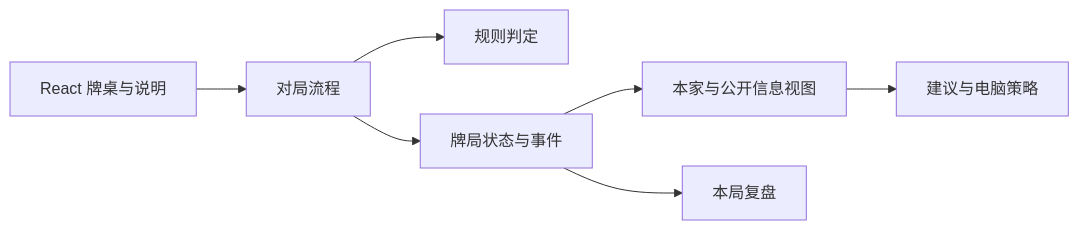
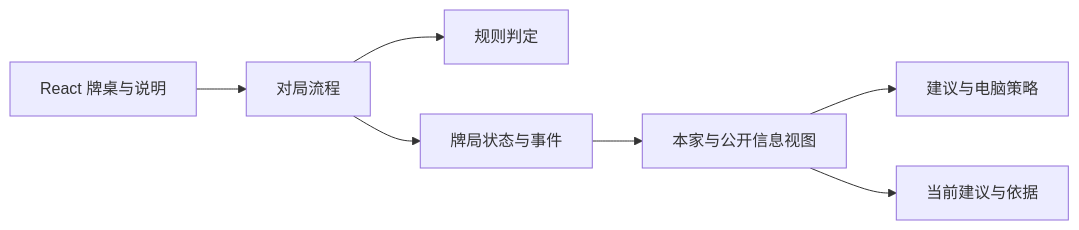
One commit to llmgpt/Xuezhan-Mahjong-AI changed the diagram in ARCHITECTURE.md. Above: the diagram before and after it, drawn with Mermaid. The commit also changed other lines of this file and 13 other files, not shown here.

````diff
--- a/ARCHITECTURE.md
+++ b/ARCHITECTURE.md
@@ -23,9 +23,9 @@
 ```mermaid
 flowchart LR
     UI[React 牌桌与说明] --> Flow[对局流程]
     Flow --> Rules[规则判定]
     Flow --> State[牌局状态与事件]
     State --> View[本家与公开信息视图]
     View --> Advice[建议与电脑策略]
-    State --> Replay[本局复盘]
+    View --> Live[当前建议与依据]
 ```
````
